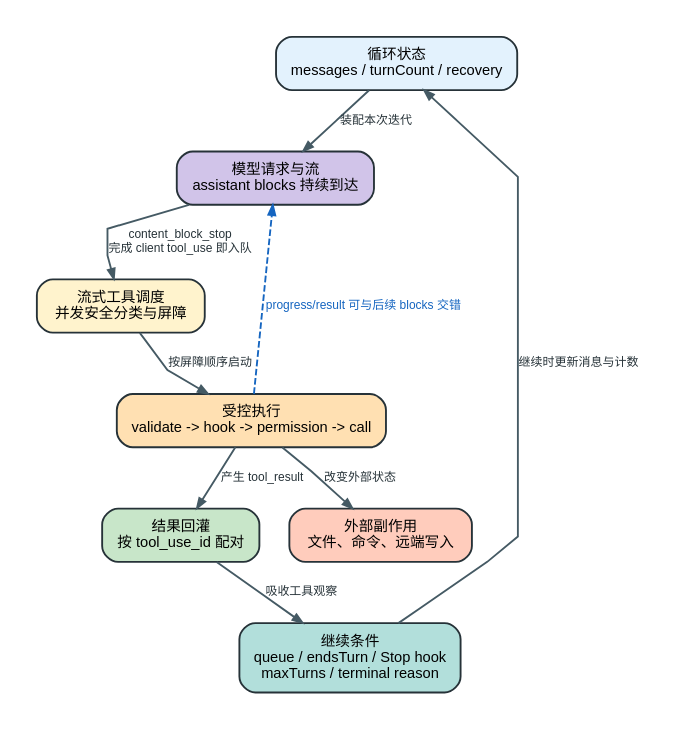
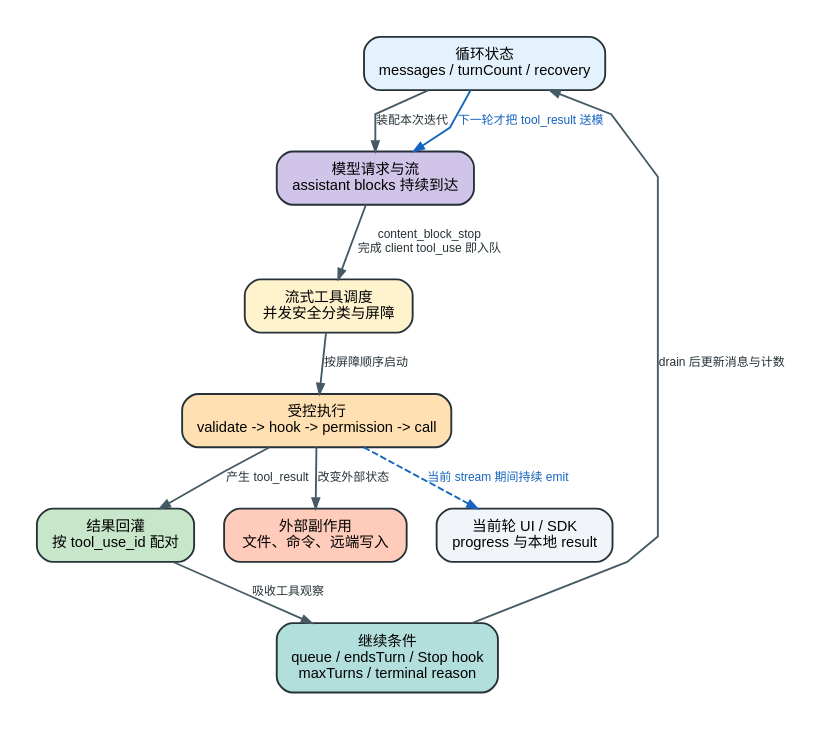
The diagram in analysis/visuals/agent-loop-lifecycle.dot (SwallOwDili/claudecodecli-sourcecode), drawn with Graphviz before and after one commit. The commit also changed 46 other files, not shown here.

```diff
--- a/analysis/visuals/agent-loop-lifecycle.dot
+++ b/analysis/visuals/agent-loop-lifecycle.dot
@@ -1,22 +1,24 @@
 digraph agent_loop_lifecycle {
   graph [rankdir=TB, bgcolor="#ffffff", pad="0.28", nodesep="0.30", ranksep="0.48", splines=polyline, fontname="Arial, PingFang SC, Microsoft YaHei"];
   node [shape=box, style="rounded,filled", color="#263238", penwidth=1.4, margin="0.16,0.11", fontname="Arial, PingFang SC, Microsoft YaHei", fontsize=11];
   edge [color="#455a64", penwidth=1.4, arrowsize=0.75, fontname="Arial, PingFang SC, Microsoft YaHei", fontsize=9, fontcolor="#263238"];
 
   state [label="循环状态\nmessages / turnCount / recovery", fillcolor="#e3f2fd"];
   request [label="模型请求与流\nassistant blocks 持续到达", fillcolor="#d1c4e9"];
   schedule [label="流式工具调度\n并发安全分类与屏障", fillcolor="#fff3cd"];
   execute [label="受控执行\nvalidate -> hook -> permission -> call", fillcolor="#ffe0b2"];
   feedback [label="结果回灌\n按 tool_use_id 配对", fillcolor="#c8e6c9"];
   decide [label="继续条件\nqueue / endsTurn / Stop hook\nmaxTurns / terminal reason", fillcolor="#b2dfdb"];
   external [label="外部副作用\n文件、命令、远端写入", fillcolor="#ffccbc"];
+  surface [label="当前轮 UI / SDK\nprogress 与本地 result", fillcolor="#f1f5f9"];
 
   state -> request [label="装配本次迭代"];
   request -> schedule [label="content_block_stop\n完成 client tool_use 即入队"];
   schedule -> execute [label="按屏障顺序启动"];
-  execute -> request [label="progress/result 可与后续 blocks 交错", style=dashed, color="#1565c0", fontcolor="#1565c0"];
+  execute -> surface [label="当前 stream 期间持续 emit", style=dashed, color="#1565c0", fontcolor="#1565c0"];
   execute -> external [label="改变外部状态"];
   execute -> feedback [label="产生 tool_result"];
   feedback -> decide [label="吸收工具观察"];
-  decide -> state [label="继续时更新消息与计数"];
+  decide -> state [label="drain 后更新消息与计数"];
+  state -> request [label="下一轮才把 tool_result 送模", color="#1565c0", fontcolor="#1565c0"];
 }
```
